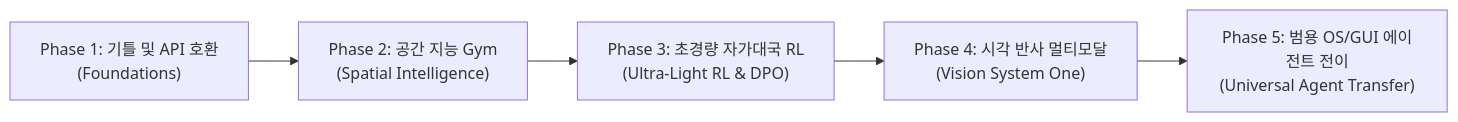
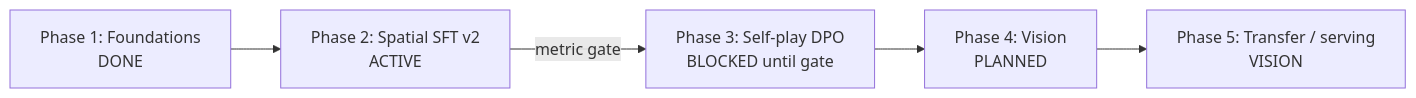
One commit to fritzprix/systemone-lite changed the diagram in docs/ROADMAP.md. Above: the diagram before and after it, drawn with Mermaid. The commit also changed other lines of this file, not shown here.

First line of the commit message:
docs: align ROADMAP with measured Phase 1 results and gated Phase 2–5

````diff
--- a/docs/ROADMAP.md
+++ b/docs/ROADMAP.md
@@ -18,7 +28,7 @@
 ```mermaid
 flowchart LR
-    P1["Phase 1: 기틀 및 API 호환<br/>(Foundations)"] --> P2["Phase 2: 공간 지능 Gym<br/>(Spatial Intelligence)"]
-    P2 --> P3["Phase 3: 초경량 자가대국 RL<br/>(Ultra-Light RL & DPO)"]
-    P3 --> P4["Phase 4: 시각 반사 멀티모달<br/>(Vision System One)"]
-    P4 --> P5["Phase 5: 범용 OS/GUI 에이전트 전이<br/>(Universal Agent Transfer)"]
+    P1["Phase 1: Foundations<br/>DONE"] --> P2["Phase 2: Spatial SFT v2<br/>ACTIVE"]
+    P2 -->|"metric gate"| P3["Phase 3: Self-play DPO<br/>BLOCKED until gate"]
+    P3 --> P4["Phase 4: Vision<br/>PLANNED"]
+    P4 --> P5["Phase 5: Transfer / serving<br/>VISION"]
 ```
````
